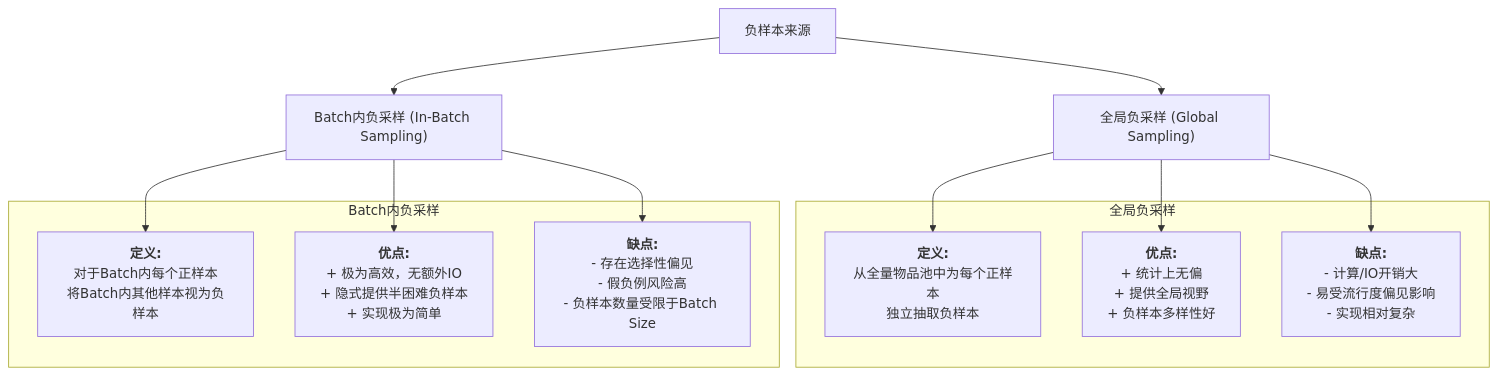
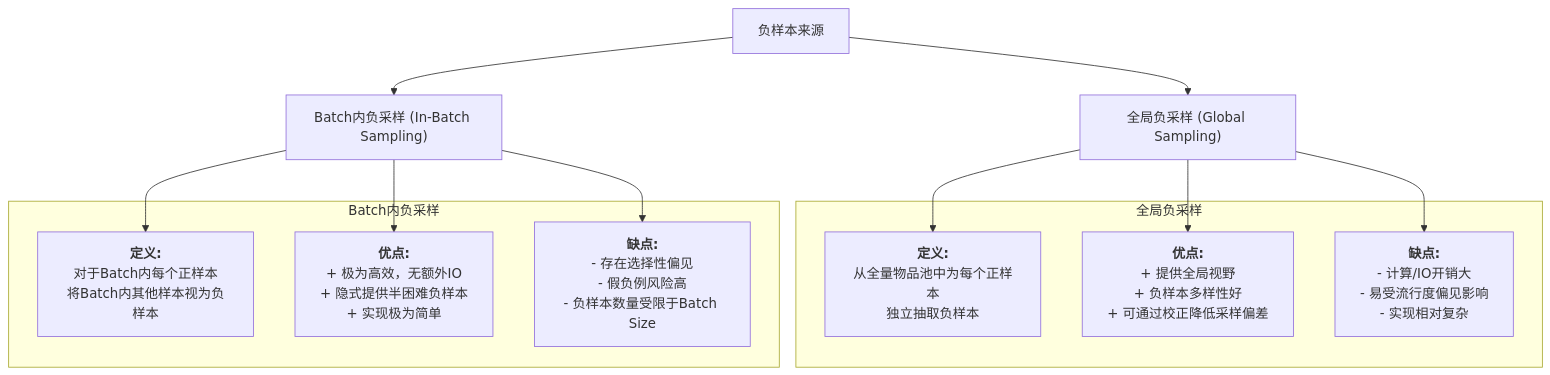
One commit to 1985312383/search-rec-ads-cosmos-explorer changed the second of 3 diagrams in docs/zh/5.第五章：高阶心法与业界黑科技--Tricks & SOTA/1.实用Tricks经验宝库/2.negative_sampling.md. Above: the diagram before and after it, drawn with Mermaid. The commit also changed other lines of this file and 9 other files, not shown here.

````diff
--- a/docs/zh/5.第五章：高阶心法与业界黑科技--Tricks & SOTA/1.实用Tricks经验宝库/2.negative_sampling.md
+++ b/docs/zh/5.第五章：高阶心法与业界黑科技--Tricks & SOTA/1.实用Tricks经验宝库/2.negative_sampling.md
@@ -89,20 +96,20 @@
 ```mermaid
 graph TD
     A[负样本来源] --> B["全局负采样 (Global Sampling)"]
     A --> C["Batch内负采样 (In-Batch Sampling)"]
 
     subgraph "全局负采样"
         B1["<b>定义:</b><br>从全量物品池中为每个正样本<br>独立抽取负样本"]
-        B2["<b>优点:</b><br>+ 统计上无偏<br>+ 提供全局视野<br>+ 负样本多样性好"]
+        B2["<b>优点:</b><br>+ 提供全局视野<br>+ 负样本多样性好<br>+ 可通过校正降低采样偏差"]
         B3["<b>缺点:</b><br>- 计算/IO开销大<br>- 易受流行度偏见影响<br>- 实现相对复杂"]
     end
 
     subgraph "Batch内负采样"
         C1["<b>定义:</b><br>对于Batch内每个正样本<br>将Batch内其他样本视为负样本"]
         C2["<b>优点:</b><br>+ 极为高效，无额外IO<br>+ 隐式提供半困难负样本<br>+ 实现极为简单"]
         C3["<b>缺点:</b><br>- 存在选择性偏见<br>- 假负例风险高<br>- 负样本数量受限于Batch Size"]
     end
 
     B --> B1 & B2 & B3
     C --> C1 & C2 & C3
 ```
````
